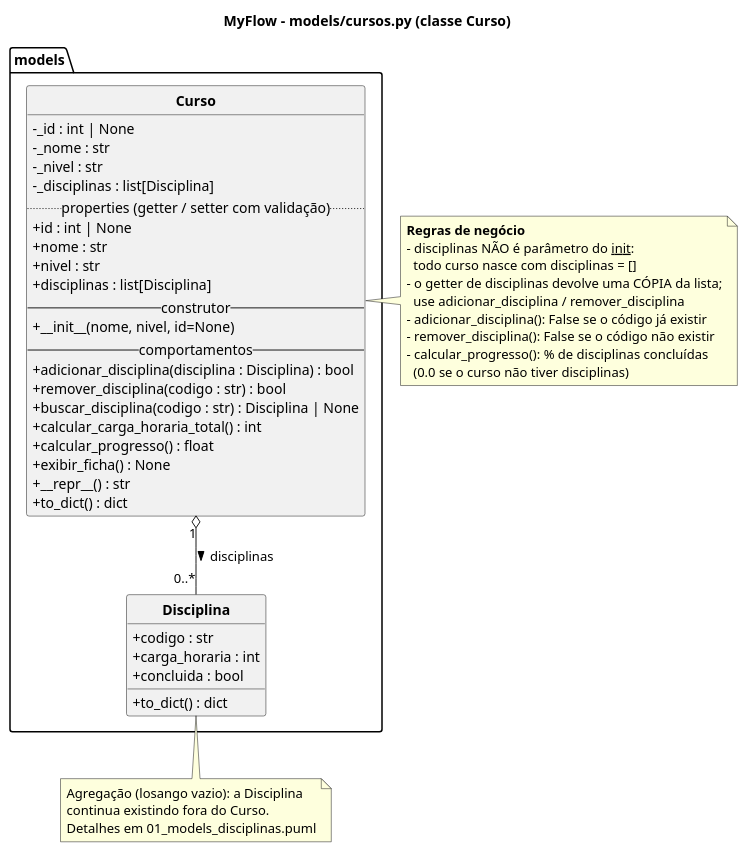
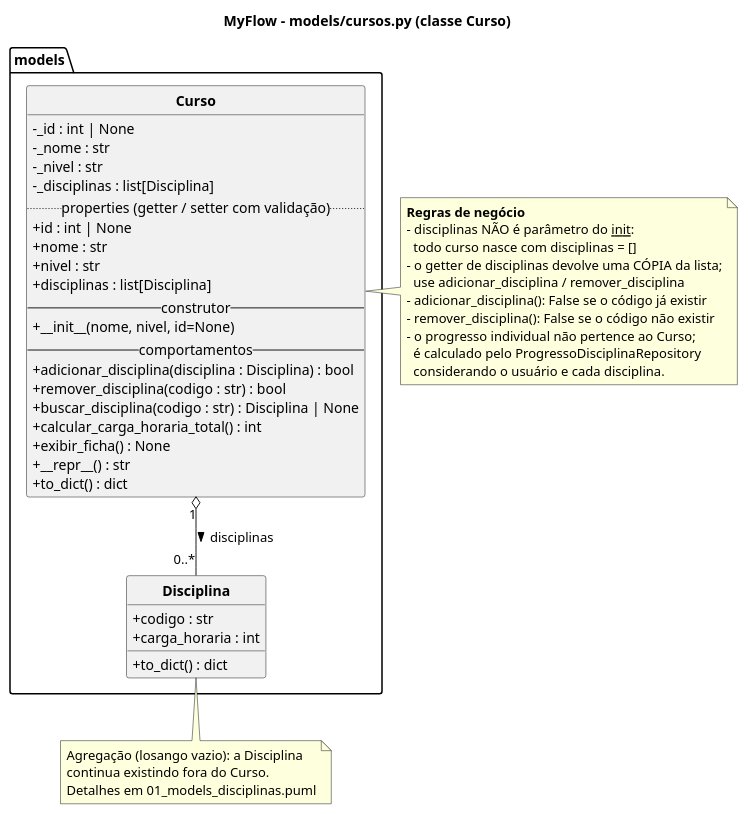
The diagram in uml/classes/02_models_cursos.puml (nicholasmichelon/project-myflow), drawn with PlantUML before and after one commit. The commit also changed 46 other files, not shown here.

```diff
--- a/uml/classes/02_models_cursos.puml
+++ b/uml/classes/02_models_cursos.puml
@@ -1,62 +1,61 @@
 @startuml 02_models_cursos
 ' MyFlow - models/cursos.py
 title MyFlow - models/cursos.py (classe Curso)
 
 skinparam classAttributeIconSize 0
 skinparam shadowing false
 skinparam classFontStyle bold
 hide circle
 
 package "models" {
   class Curso {
     -_id : int | None
     -_nome : str
     -_nivel : str
     -_disciplinas : list[Disciplina]
     .. properties (getter / setter com validação) ..
     +id : int | None
     +nome : str
     +nivel : str
     +disciplinas : list[Disciplina]
     -- construtor --
     +__init__(nome, nivel, id=None)
     -- comportamentos --
     +adicionar_disciplina(disciplina : Disciplina) : bool
     +remover_disciplina(codigo : str) : bool
     +buscar_disciplina(codigo : str) : Disciplina | None
     +calcular_carga_horaria_total() : int
-    +calcular_progresso() : float
     +exibir_ficha() : None
     +__repr__() : str
     +to_dict() : dict
   }
 
   class Disciplina {
     +codigo : str
     +carga_horaria : int
-    +concluida : bool
     +to_dict() : dict
   }
 }
 
 Curso "1" o-- "0..*" Disciplina : disciplinas >
 
 note right of Curso
   <b>Regras de negócio</b>
   - disciplinas NÃO é parâmetro do __init__:
     todo curso nasce com disciplinas = []
   - o getter de disciplinas devolve uma CÓPIA da lista;
     use adicionar_disciplina / remover_disciplina
   - adicionar_disciplina(): False se o código já existir
   - remover_disciplina(): False se o código não existir
-  - calcular_progresso(): % de disciplinas concluídas
-    (0.0 se o curso não tiver disciplinas)
+  - o progresso individual não pertence ao Curso;
+    é calculado pelo ProgressoDisciplinaRepository
+    considerando o usuário e cada disciplina.
 end note
 
 note bottom of Disciplina
   Agregação (losango vazio): a Disciplina
   continua existindo fora do Curso.
   Detalhes em 01_models_disciplinas.puml
 end note
 
 @enduml
```
